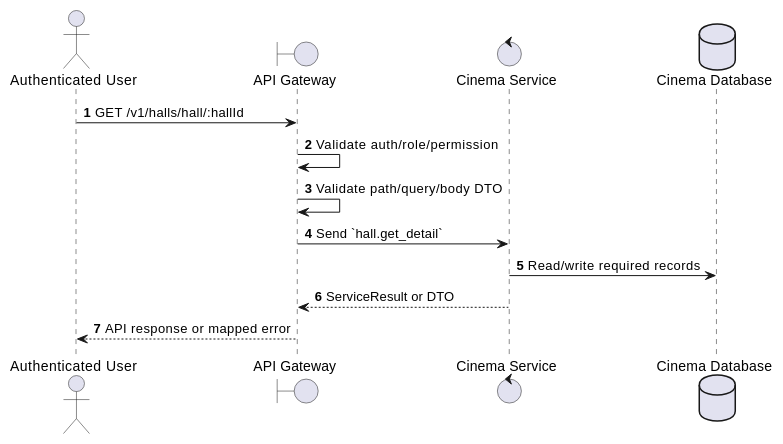
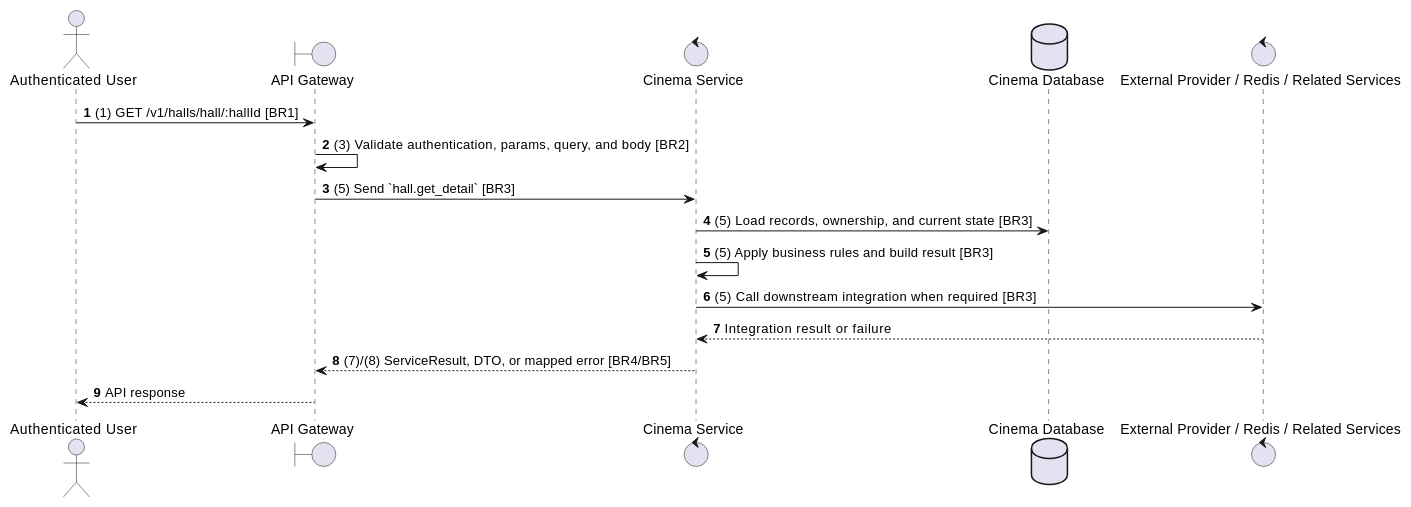
Before and after one commit to Tanh1603/movie-hub-architecture: the second of 2 diagrams in docs/functional_specs/3.2.2_Hall_Management/HM-01_Get_Hall_by_ID.md, drawn with PlantUML. The commit also changed other lines of this file and 129 other files, not shown here.

````diff
--- a/docs/functional_specs/3.2.2_Hall_Management/HM-01_Get_Hall_by_ID.md
+++ b/docs/functional_specs/3.2.2_Hall_Management/HM-01_Get_Hall_by_ID.md
@@ -17,17 +64,20 @@
 ```plantuml
 @startuml
 autonumber
 actor "Authenticated User" as Actor
 boundary "API Gateway" as GW
 control "Cinema Service" as SVC
 database "Cinema Database" as DB
+control "External Provider / Redis / Related Services" as EXT
 
-Actor -> GW: GET /v1/halls/hall/:hallId
-GW -> GW: Validate auth/role/permission
-GW -> GW: Validate path/query/body DTO
-GW -> SVC: Send `hall.get_detail`
-SVC -> DB: Read/write required records
-SVC --> GW: ServiceResult or DTO
-GW --> Actor: API response or mapped error
+Actor -> GW: (1) GET /v1/halls/hall/:hallId [BR1]
+GW -> GW: (3) Validate authentication, params, query, and body [BR2]
+GW -> SVC: (5) Send `hall.get_detail` [BR3]
+SVC -> DB: (5) Load records, ownership, and current state [BR3]
+SVC -> SVC: (5) Apply business rules and build result [BR3]
+SVC -> EXT: (5) Call downstream integration when required [BR3]
+EXT --> SVC: Integration result or failure
+SVC --> GW: (7)/(8) ServiceResult, DTO, or mapped error [BR4/BR5]
+GW --> Actor: API response
 @enduml
 ```
````
